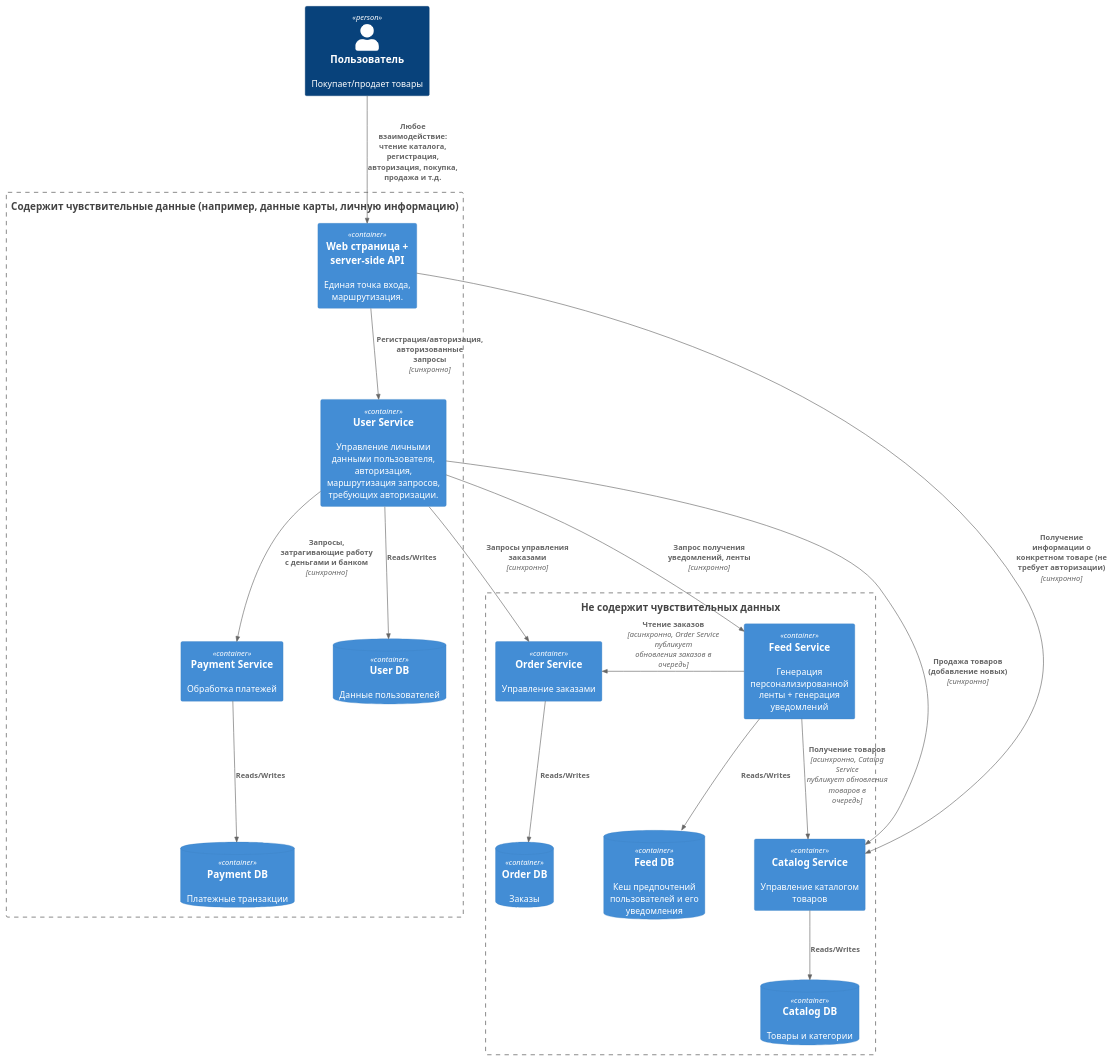
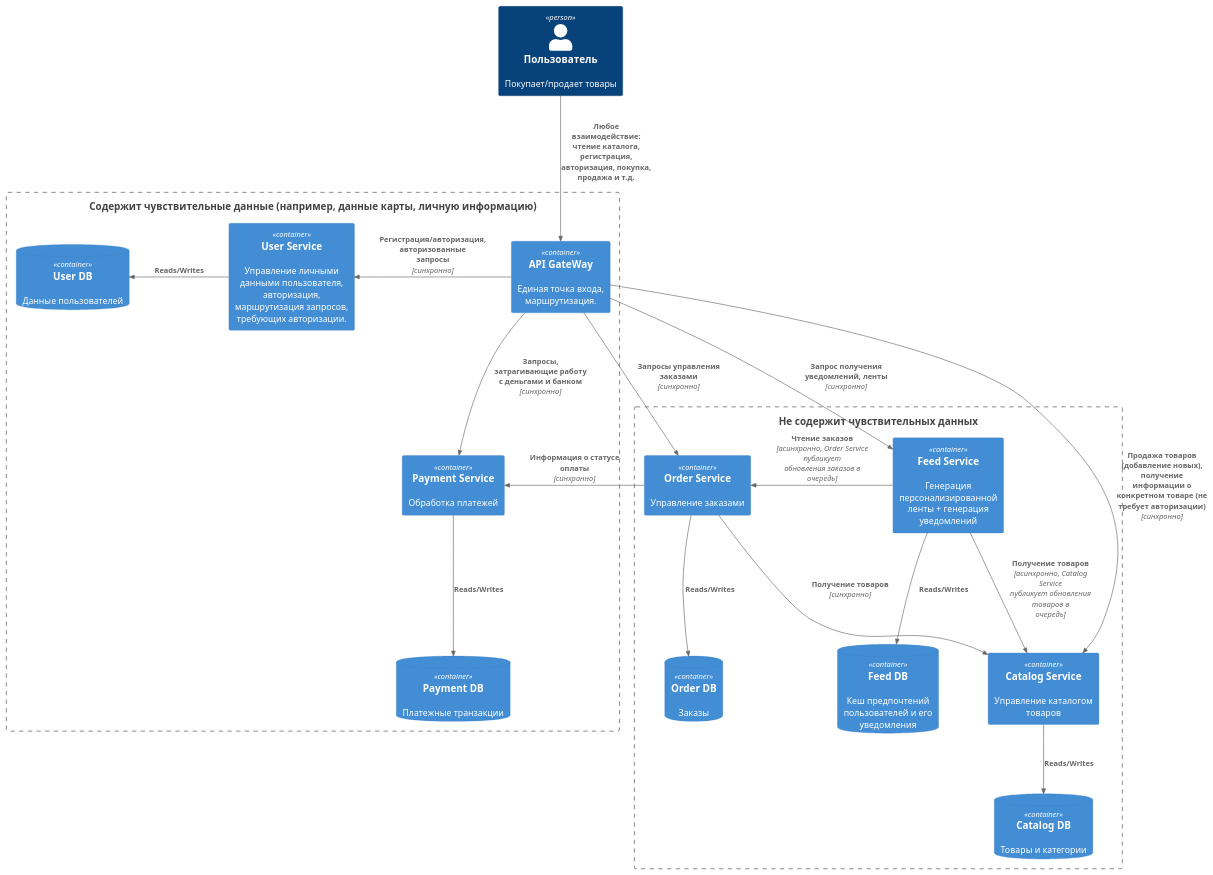
One commit to sziiza66/SOA-HomeWork-1 changed the diagram in C4.puml. Above: the diagram before and after it, drawn with PlantUML. The commit also changed 1 other file, not shown here.

```diff
--- a/C4.puml
+++ b/C4.puml
@@ -1,53 +1,54 @@
 @startuml
 !include https://raw.githubusercontent.com/plantuml-stdlib/C4-PlantUML/master/C4_Container.puml
 
 
 skinparam nodesep 80
 skinparam ranksep 80
 
 Person(User, "Пользователь", "Покупает/продает товары")
 
 Boundary(hidden, "Содержит чувствительные данные (например, данные карты, личную информацию)") {
-    Container(api, "Web страница + server-side API", "", "Единая точка входа, маршрутизация.")
+    Container(api, "API GateWay", "", "Единая точка входа, маршрутизация.")
 
     Container(payment_service, "Payment Service", "", "Обработка платежей")
     ContainerDb(payment_db, "Payment DB", "", "Платежные транзакции")
 
     Container(user_service, "User Service", "", "Управление личными данными пользователя, авторизация, маршрутизация запросов, требующих авторизации.")
     ContainerDb(user_db, "User DB", "", "Данные пользователей")
 }
 
 Boundary(user-visible, "Не содержит чувствительных данных") {
 
     Container(order_service, "Order Service", "", "Управление заказами")
     ContainerDb(order_db, "Order DB", "", "Заказы")
 
     Container(feed_service, "Feed Service", "", "Генерация персонализированной ленты + генерация уведомлений")
     ContainerDb(feed_db, "Feed DB", "", "Кеш предпочтений пользователей и его уведомления")
 
     Container(catalog_service, "Catalog Service", "", "Управление каталогом товаров")
     ContainerDb(catalog_db, "Catalog DB", "", "Товары и категории")
 
 
 }
 
 Rel(User, api, "Любое взаимодействие: чтение каталога, регистрация, авторизация, покупка, продажа и т.д.", "")
 
-Rel(api, user_service, "Регистрация/авторизация, авторизованные запросы", "синхронно")
-Rel(user_service, payment_service, "Запросы, затрагивающие работу с деньгами и банком", "синхронно")
-Rel(user_service, order_service, "Запросы управления заказами", "синхронно")
-Rel(user_service, feed_service, "Запрос получения уведомлений, ленты", "синхронно")
+Rel_L(api, user_service, "Регистрация/авторизация, авторизованные запросы", "синхронно")
+Rel(api, payment_service, "Запросы, затрагивающие работу с деньгами и банком", "синхронно")
+Rel(api, order_service, "Запросы управления заказами", "синхронно")
+Rel(api, feed_service, "Запрос получения уведомлений, ленты", "синхронно")
 Rel_L(feed_service, order_service, "Чтение заказов", "асинхронно, Order Service публикует обновления заказов в очередь")
 Rel(feed_service, catalog_service, "Получение товаров", "асинхронно, Catalog Service публикует обновления товаров в очередь")
-Rel(user_service, catalog_service, "Продажа товаров (добавление новых)", "синхронно")
-Rel(api, catalog_service, "Получение информации о конкретном товаре (не требует авторизации)", "синхронно")
+Rel(api, catalog_service, "Продажа товаров (добавление новых), получение информации о конкретном товаре (не требует авторизации)", "синхронно")
+Rel(order_service, catalog_service, "Получение товаров", "синхронно")
+Rel(order_service, payment_service, "Информация о статусе оплаты", "синхронно")
 
 
-Rel(user_service, user_db, "Reads/Writes")
+Rel_L(user_service, user_db, "Reads/Writes")
 Rel(catalog_service, catalog_db, "Reads/Writes")
 Rel_D(feed_service, feed_db, "Reads/Writes")
 Rel(order_service, order_db, "Reads/Writes")
 Rel(payment_service, payment_db, "Reads/Writes")
 
 
 @enduml
```
